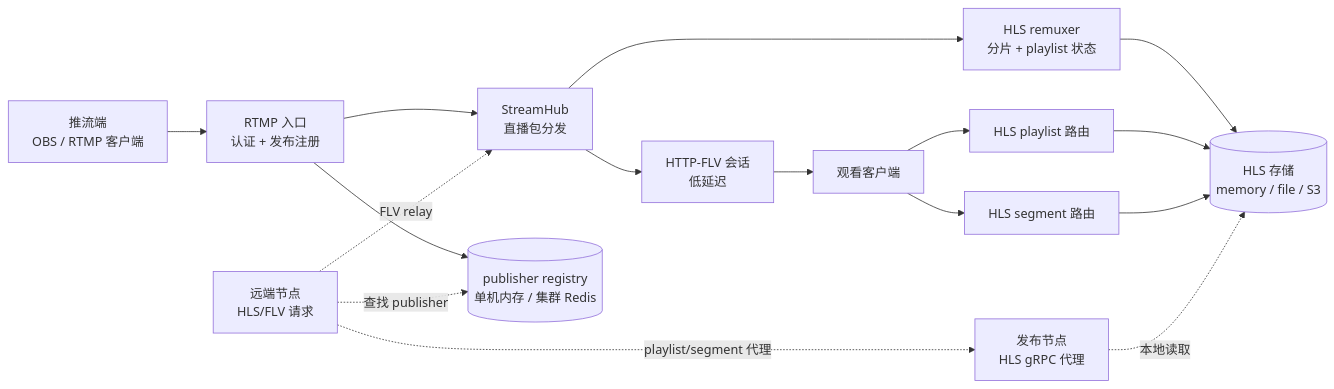
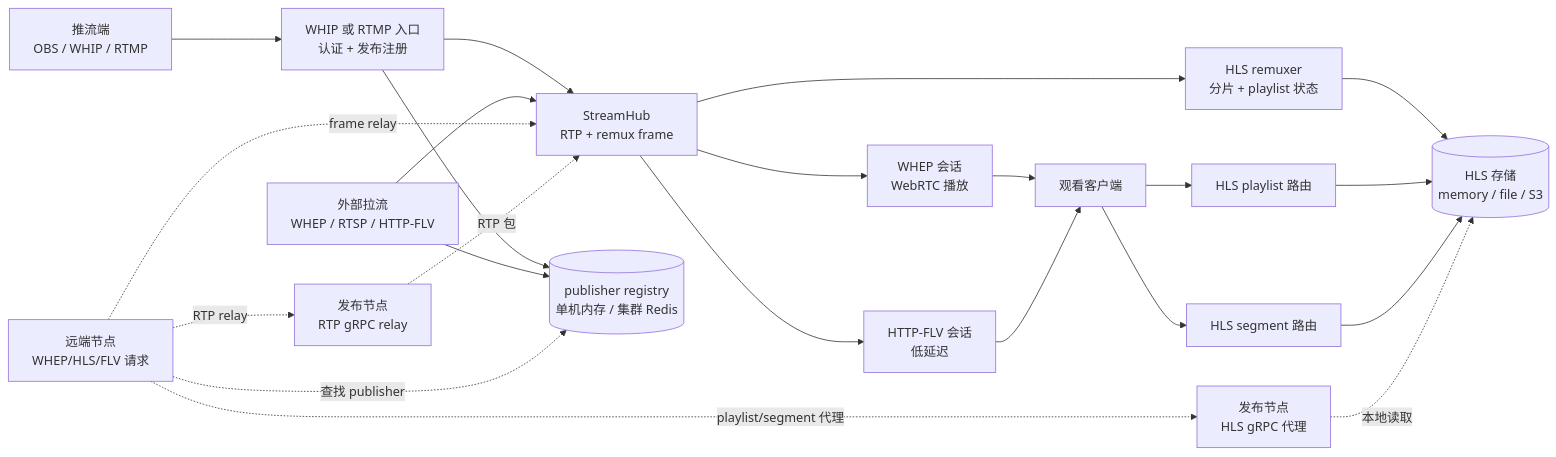
One commit to synctv-org/synctv changed the diagram in docs/src/diagrams/livestream-pipeline-zh.mmd. Above: the diagram before and after it, drawn with Mermaid. The commit also changed 94 other files, not shown here.

First line of the commit message:
feat(livestream): add WebRTC ingest and playback (#454)

```diff
--- a/docs/src/diagrams/livestream-pipeline-zh.mmd
+++ b/docs/src/diagrams/livestream-pipeline-zh.mmd
@@ -1,24 +1,32 @@
 flowchart LR
-  Publisher[推流端<br/>OBS / RTMP 客户端]
-  RTMP[RTMP 入口<br/>认证 + 发布注册]
-  Hub[StreamHub<br/>直播包分发]
+  Publisher[推流端<br/>OBS / WHIP / RTMP]
+  Ingest[WHIP 或 RTMP 入口<br/>认证 + 发布注册]
+  External[外部拉流<br/>WHEP / RTSP / HTTP-FLV]
+  Hub[StreamHub<br/>RTP + remux frame]
+  WHEP[WHEP 会话<br/>WebRTC 播放]
   FLV[HTTP-FLV 会话<br/>低延迟]
   Remux[HLS remuxer<br/>分片 + playlist 状态]
   Storage[(HLS 存储<br/>memory / file / S3)]
   Playlist[HLS playlist 路由]
   Segment[HLS segment 路由]
   Viewer[观看客户端]
   Registry[(publisher registry<br/>单机内存 / 集群 Redis)]
-  Remote[远端节点<br/>HLS/FLV 请求]
+  Remote[远端节点<br/>WHEP/HLS/FLV 请求]
+  RTPRelay[发布节点<br/>RTP gRPC relay]
   HLSProxy[发布节点<br/>HLS gRPC 代理]
 
-  Publisher --> RTMP --> Hub
-  RTMP --> Registry
+  Publisher --> Ingest --> Hub
+  External --> Hub
+  Ingest --> Registry
+  External --> Registry
+  Hub --> WHEP --> Viewer
   Hub --> FLV --> Viewer
   Hub --> Remux --> Storage
   Viewer --> Playlist --> Storage
   Viewer --> Segment --> Storage
   Remote -. 查找 publisher .-> Registry
-  Remote -. FLV relay .-> Hub
+  Remote -. frame relay .-> Hub
+  Remote -. RTP relay .-> RTPRelay
+  RTPRelay -. RTP 包 .-> Hub
   Remote -. playlist/segment 代理 .-> HLSProxy
   HLSProxy -. 本地读取 .-> Storage
```
